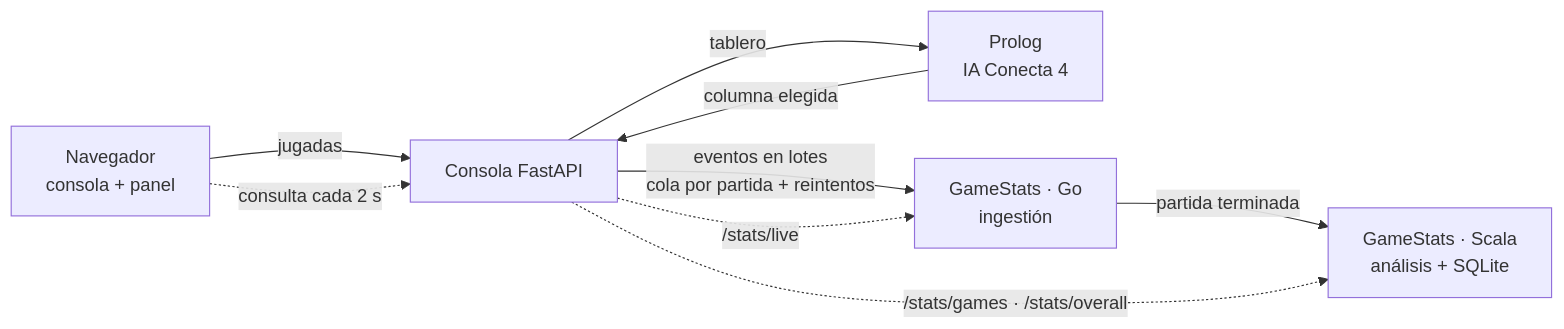
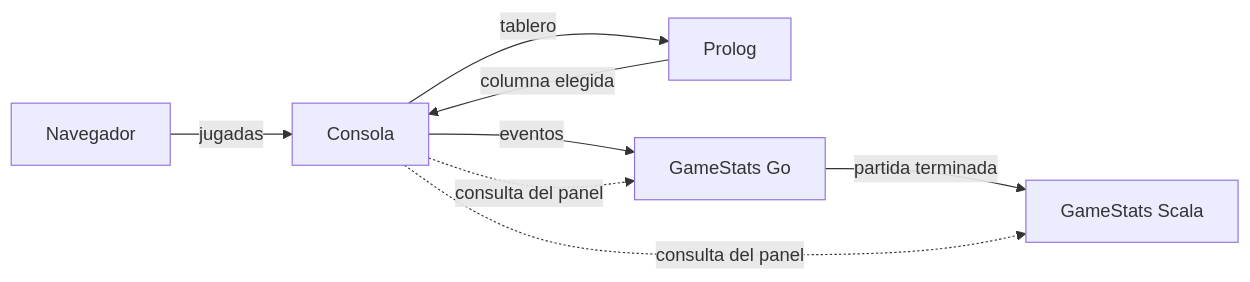
The diagram in README.md (SeishiroGojo/gameconsole), drawn with Mermaid before and after one commit. The commit also changed other lines of this file and 7 other files, not shown here.

Commit message:
Ejecucion por defecto con GameStats local, aclaracion sobre el CI y limpieza de documentacion

````diff
--- a/README.md
+++ b/README.md
@@ -22,11 +19,10 @@
 ```mermaid
 flowchart LR
-  B[Navegador<br/>consola + panel] -->|jugadas| C[Consola FastAPI]
-  C -->|tablero| P[Prolog<br/>IA Conecta 4]
+  B[Navegador] -->|jugadas| C[Consola]
+  C -->|tablero| P[Prolog]
   P -->|columna elegida| C
-  C -->|eventos en lotes<br/>cola por partida + reintentos| G[GameStats · Go<br/>ingestión]
-  G -->|partida terminada| S[GameStats · Scala<br/>análisis + SQLite]
-  B -.->|consulta cada 2 s| C
-  C -.->|/stats/live| G
-  C -.->|/stats/games · /stats/overall| S
+  C -->|eventos| G[GameStats Go]
+  G -->|partida terminada| S[GameStats Scala]
+  C -.->|consulta del panel| G
+  C -.->|consulta del panel| S
 ```
````
